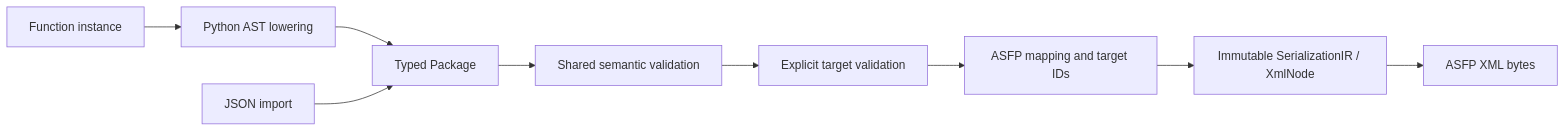
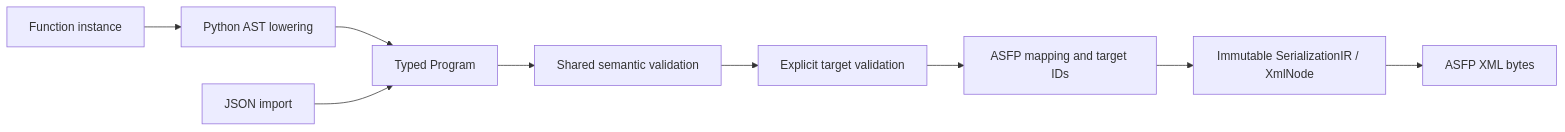
The diagram in docs/13_ASFP_COMPILER.md (TsumiNa/sciloom), drawn with Mermaid before and after one commit. The commit also changed 34 other files, not shown here.

````diff
--- a/docs/13_ASFP_COMPILER.md
+++ b/docs/13_ASFP_COMPILER.md
@@ -57,9 +57,9 @@
 ```mermaid
 flowchart LR
-    Python["Function instance"] --> Lower["Python AST lowering"] --> Semantic["Typed Package"]
+    Python["Function instance"] --> Lower["Python AST lowering"] --> Semantic["Typed Program"]
     JSON["JSON import"] --> Semantic
     Semantic --> Validate["Shared semantic validation"]
     Validate --> Target["Explicit target validation"] --> Backend["ASFP mapping and target IDs"]
     Backend --> SIR["Immutable SerializationIR / XmlNode"]
     SIR --> XML["ASFP XML bytes"]
 ```
````
